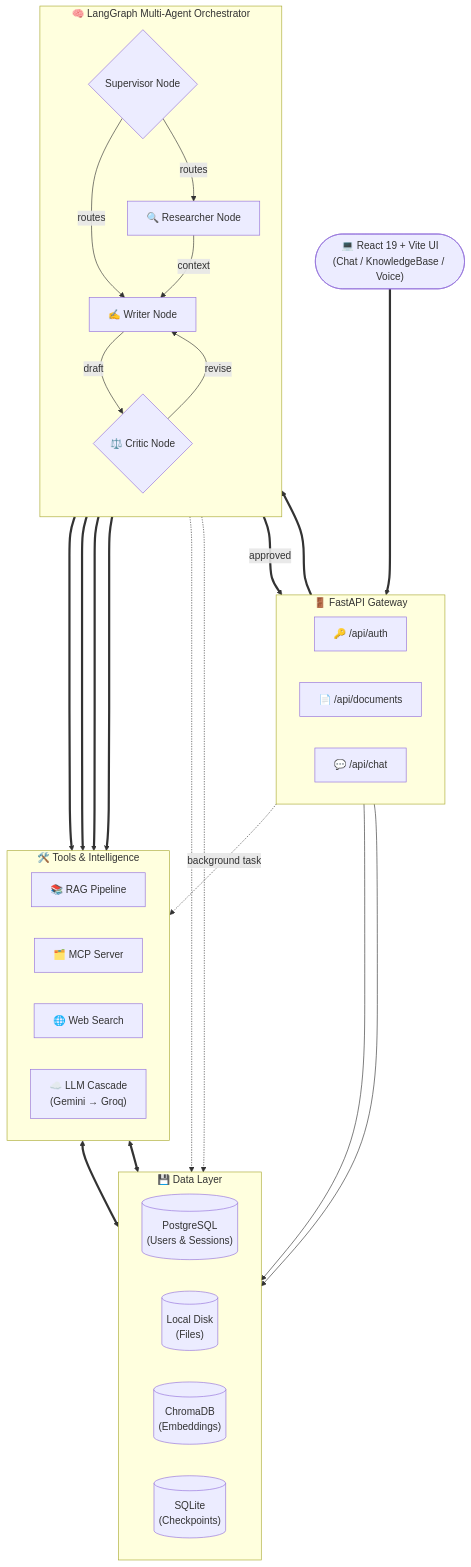
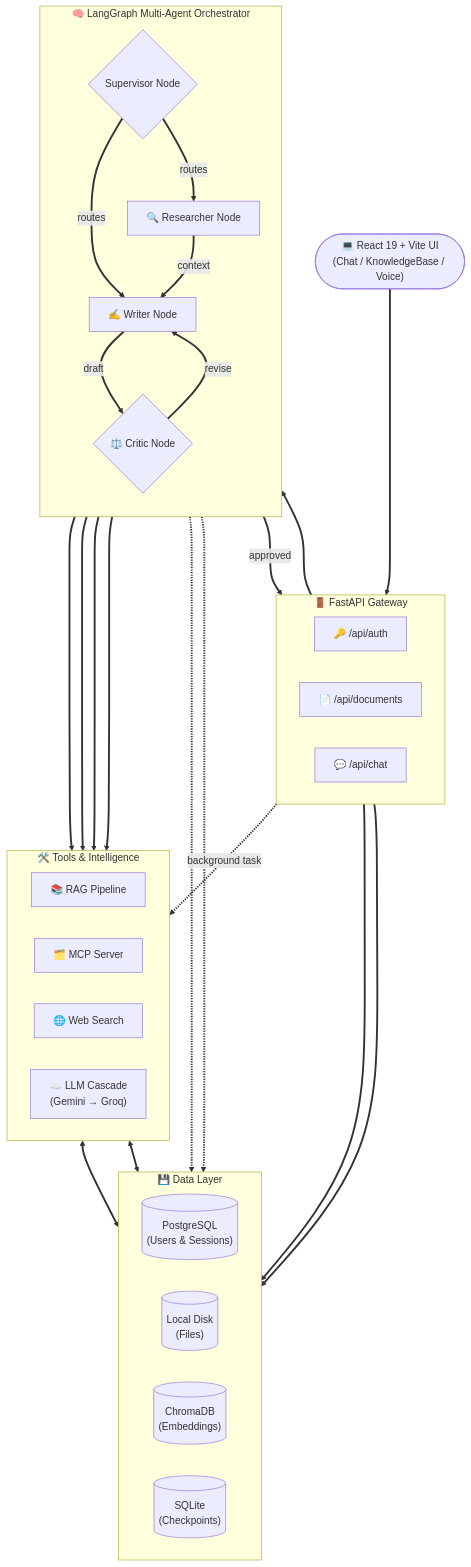
The diagram in README.md (sharathprime10-coder/NYRA), drawn with Mermaid before and after one commit.

Commit message:
docs: make architecture diagram lines thicker and more visible

````diff
--- a/README.md
+++ b/README.md
@@ -13,64 +13,67 @@
 ```mermaid
 flowchart TD
+    %% Styling
+    linkStyle default stroke-width:3px
+
     %% Client Layer
     Client(["💻 React 19 + Vite UI<br/>(Chat / KnowledgeBase / Voice)"])
 
     %% API Layer
     subgraph API ["🚪 FastAPI Gateway"]
         direction LR
         Auth["🔑 /api/auth"]
         Docs["📄 /api/documents"]
         Chat["💬 /api/chat"]
     end
 
     Client ===> API
 
     %% Storage Layer
     subgraph Storage ["💾 Data Layer"]
         direction LR
         PG[("PostgreSQL<br/>(Users & Sessions)")]
         Disk[("Local Disk<br/>(Files)")]
         Chroma[("ChromaDB<br/>(Embeddings)")]
         State[("SQLite<br/>(Checkpoints)")]
     end
 
     Auth --> PG
     Docs --> Disk
 
     %% Agent Layer
     subgraph Orchestrator ["🧠 LangGraph Multi-Agent Orchestrator"]
         direction TB
         Supervisor{"Supervisor Node"}
         Researcher["🔍 Researcher Node"]
         Writer["✍️ Writer Node"]
         Critic{"⚖️ Critic Node"}
         
         Supervisor -->|routes| Researcher & Writer
         Researcher -->|context| Writer
         Writer -->|draft| Critic
         Critic -->|revise| Writer
     end
 
     Chat ===> Supervisor
     Critic ===>|approved| Chat
 
     Supervisor -.-> State
     Researcher -.-> State
 
     %% Tools & LLM Layer
     subgraph Services ["🛠️ Tools & Intelligence"]
         direction LR
         RAG["📚 RAG Pipeline"]
         MCP["🗂️ MCP Server"]
         Search["🌐 Web Search"]
         LLM["☁️ LLM Cascade<br/>(Gemini → Groq)"]
     end
 
     Docs -.->|background task| RAG
     Researcher ===> RAG & MCP & Search
     
     Orchestrator ===> LLM
     
     RAG <==> Chroma
     MCP <==> Disk
 ```
````
